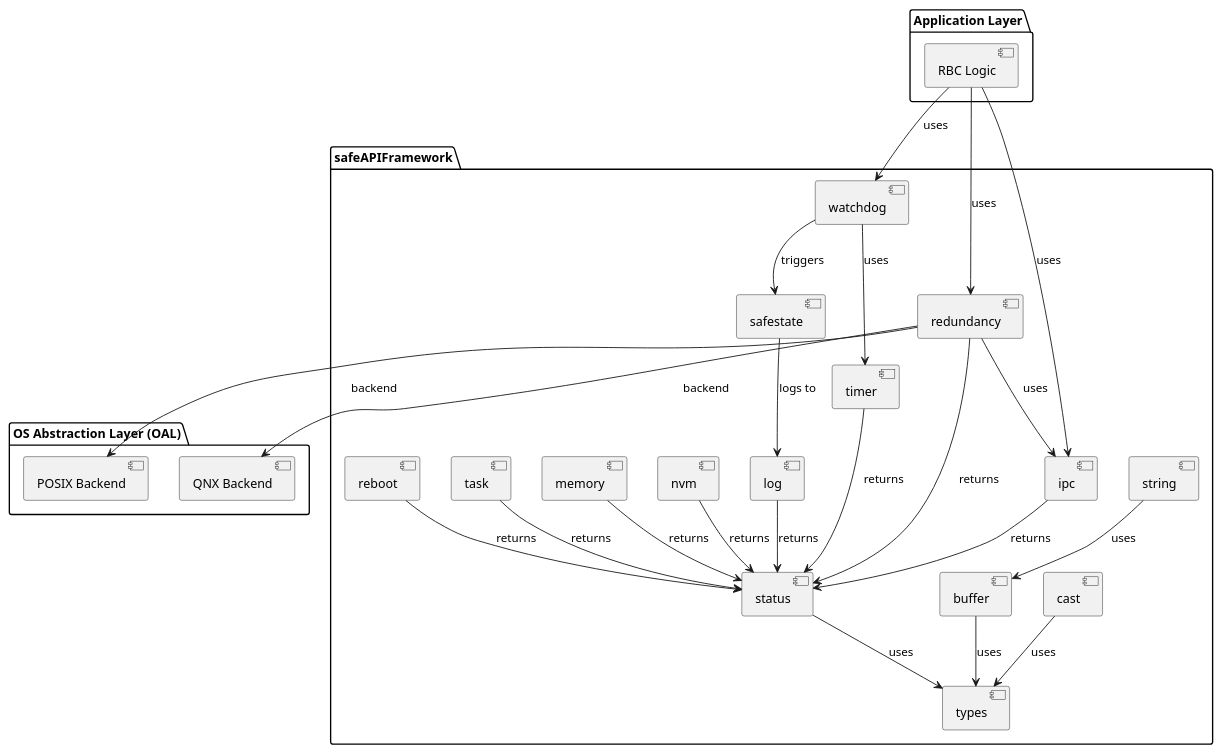
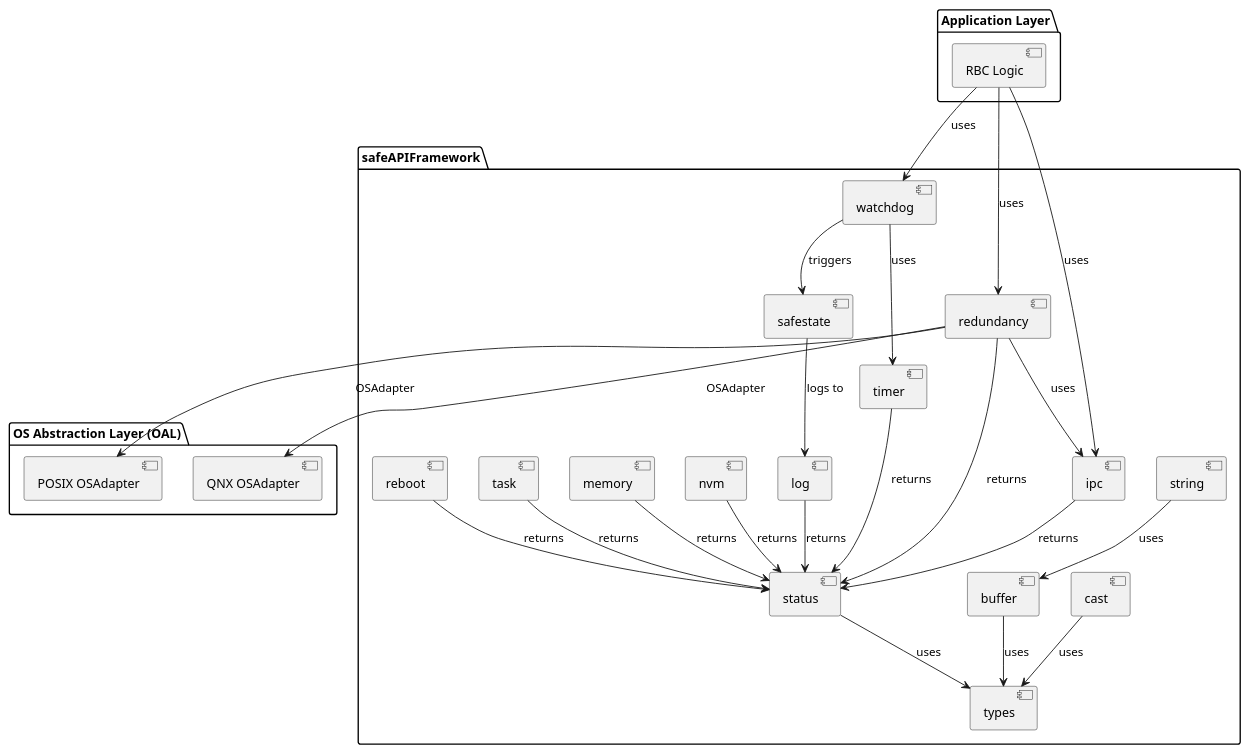
Before and after one commit to bula173/Platform_RTE: the first of 11 diagrams in docs/architecture/DIAGRAMS_GUIDE.md, drawn with PlantUML. The commit also changed other lines of this file and 143 other files, not shown here.

First line of the commit message:
refactor: merge backend concept into OSAdapter

````diff
--- a/docs/architecture/DIAGRAMS_GUIDE.md
+++ b/docs/architecture/DIAGRAMS_GUIDE.md
@@ -62,63 +62,63 @@
 ```plantuml
 @startuml component-sapiframework
 skinparam componentStyle uml2
 
 package "safeAPIFramework" {
     component [status] as status_mod
     component [types] as types_mod
     component [buffer] as buffer_mod
     component [cast] as cast_mod
     component [safestate] as safestate_mod
     component [string] as string_mod
     
     component [timer] as timer_mod
     component [nvm] as nvm_mod
     component [memory] as memory_mod
     component [task] as task_mod
     component [ipc] as ipc_mod
     component [log] as log_mod
     component [reboot] as reboot_mod
     
     component [redundancy] as redundancy_mod
     component [watchdog] as watchdog_mod
 }
 
 package "Application Layer" {
     component [RBC Logic] as rbc_app
 }
 
 package "OS Abstraction Layer (OAL)" {
-    component [POSIX Backend] as posix_backend
-    component [QNX Backend] as qnx_backend
+    component [POSIX OSAdapter] as posix_osadapter
+    component [QNX OSAdapter] as qnx_osadapter
 }
 
 ' Dependencies
 status_mod --> types_mod : uses
 buffer_mod --> types_mod : uses
 cast_mod --> types_mod : uses
 string_mod --> buffer_mod : uses
 safestate_mod --> log_mod : logs to
 
 timer_mod --> status_mod : returns
 nvm_mod --> status_mod : returns
 memory_mod --> status_mod : returns
 task_mod --> status_mod : returns
 ipc_mod --> status_mod : returns
 log_mod --> status_mod : returns
 reboot_mod --> status_mod : returns
 
 redundancy_mod --> ipc_mod : uses
 redundancy_mod --> status_mod : returns
 
 watchdog_mod --> timer_mod : uses
 watchdog_mod --> safestate_mod : triggers
 
 rbc_app --> redundancy_mod : uses
 rbc_app --> watchdog_mod : uses
 rbc_app --> ipc_mod : uses
 
-redundancy_mod --> posix_backend : backend
-redundancy_mod --> qnx_backend : backend
+redundancy_mod --> posix_osadapter : OSAdapter
+redundancy_mod --> qnx_osadapter : OSAdapter
 
 @enduml
 ```
````
